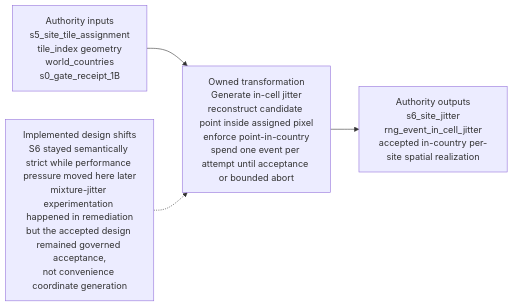
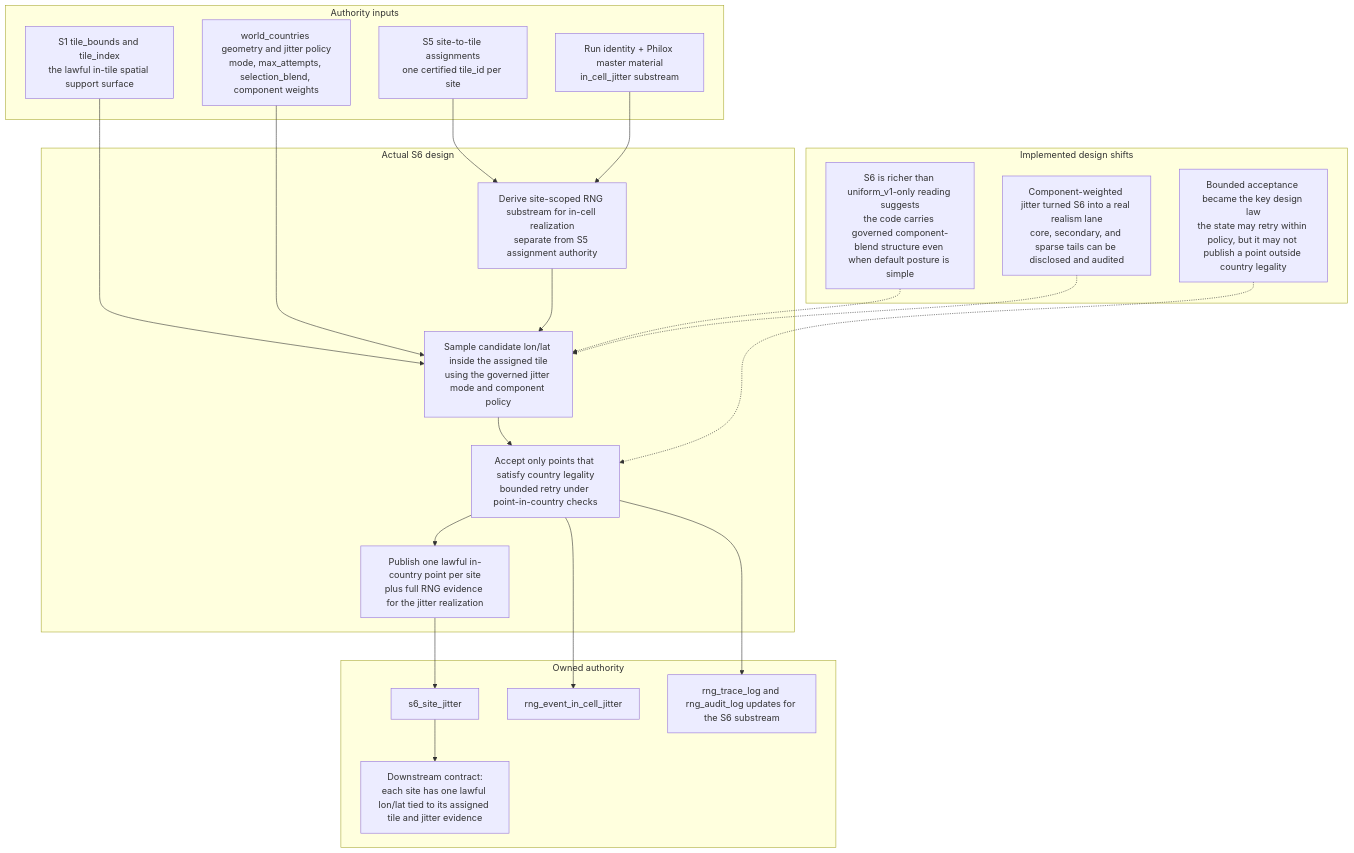
The diagram in docs/design/data-engine/layer-1/1B/1B-S6-design-flow.mmd (EsosaOrumwese/fraud-detection-system), drawn with Mermaid before and after one commit. The commit also changed 56 other files, not shown here.

First line of the commit message:
Refactor design flows for segments 3B and 5A to enhance clarity and authority structure

```diff
--- a/docs/design/data-engine/layer-1/1B/1B-S6-design-flow.mmd
+++ b/docs/design/data-engine/layer-1/1B/1B-S6-design-flow.mmd
@@ -1,5 +1,42 @@
-flowchart LR
-  A["Authority inputs<br/>s5_site_tile_assignment<br/>tile_index geometry<br/>world_countries<br/>s0_gate_receipt_1B"] --> B["Owned transformation<br/>Generate in-cell jitter<br/>reconstruct candidate point inside assigned pixel<br/>enforce point-in-country<br/>spend one event per attempt until acceptance or bounded abort"]
-  B --> C["Authority outputs<br/>s6_site_jitter<br/>rng_event_in_cell_jitter<br/>accepted in-country per-site spatial realization"]
+flowchart TD
+  subgraph inputs["Authority inputs"]
+    I1["S5 site-to-tile assignments<br/>one certified tile_id per site"]
+    I2["S1 tile_bounds and tile_index<br/>the lawful in-tile spatial support surface"]
+    I3["world_countries geometry and jitter policy<br/>mode, max_attempts, selection_blend, component weights"]
+    I4["Run identity + Philox master material<br/>in_cell_jitter substream"]
+  end
 
-  D["Implemented design shifts<br/>S6 stayed semantically strict while performance pressure moved here later<br/>mixture-jitter experimentation happened in remediation<br/>but the accepted design remained governed acceptance,<br/>not convenience coordinate generation"] -.-> B
+  subgraph core["Actual S6 design"]
+    C1["Derive site-scoped RNG substream for in-cell realization<br/>separate from S5 assignment authority"]
+    C2["Sample candidate lon/lat inside the assigned tile<br/>using the governed jitter mode and component policy"]
+    C3["Accept only points that satisfy country legality<br/>bounded retry under point-in-country checks"]
+    C4["Publish one lawful in-country point per site<br/>plus full RNG evidence for the jitter realization"]
+  end
+
+  subgraph shifts["Implemented design shifts"]
+    S1["S6 is richer than uniform_v1-only reading suggests<br/>the code carries governed component-blend structure even when default posture is simple"]
+    S2["Component-weighted jitter turned S6 into a real realism lane<br/>core, secondary, and sparse tails can be disclosed and audited"]
+    S3["Bounded acceptance became the key design law<br/>the state may retry within policy, but it may not publish a point outside country legality"]
+  end
+
+  subgraph outputs["Owned authority"]
+    O1["s6_site_jitter"]
+    O2["rng_event_in_cell_jitter"]
+    O3["rng_trace_log and rng_audit_log updates for the S6 substream"]
+    O4["Downstream contract:<br/>each site has one lawful lon/lat tied to its assigned tile and jitter evidence"]
+  end
+
+  I1 --> C1
+  I2 --> C2
+  I3 --> C2
+  I4 --> C1
+  C1 --> C2 --> C3 --> C4
+
+  C4 --> O1
+  C3 --> O2
+  C3 --> O3
+  O1 --> O4
+
+  S1 -.-> C2
+  S2 -.-> C2
+  S3 -.-> C3
```
